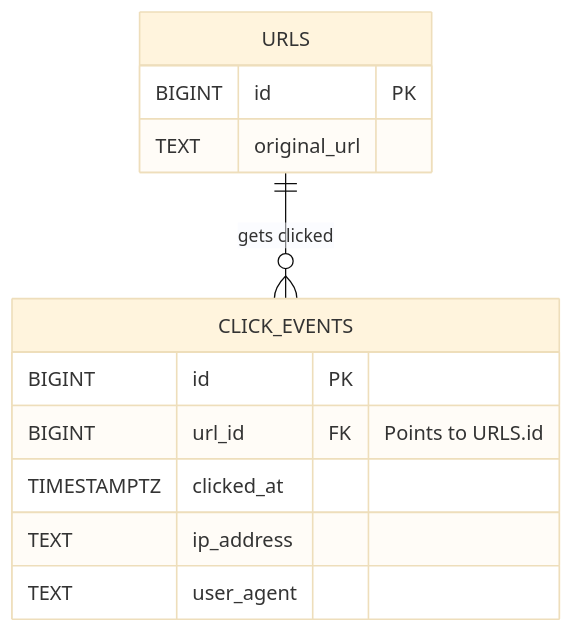
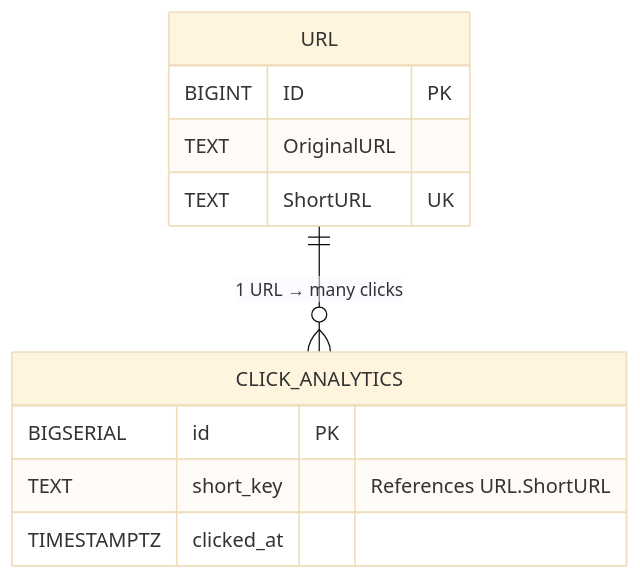
One commit to tarunahuja19/TinyURL changed the third of 3 diagrams in docs/backend/database_schema_design.md. Above: the diagram before and after it, drawn with Mermaid (base theme). The commit also changed other lines of this file and 4 other files, not shown here.

````diff
--- a/docs/backend/database_schema_design.md
+++ b/docs/backend/database_schema_design.md
@@ -81,17 +951,16 @@
 ```mermaid
 erDiagram
-    URLS ||--o{ CLICK_EVENTS : "gets clicked"
+    URL ||--o{ CLICK_ANALYTICS : "1 URL → many clicks"
     
-    URLS {
-        BIGINT id PK
-        TEXT original_url
+    URL {
+        BIGINT ID PK
+        TEXT OriginalURL
+        TEXT ShortURL UK
     }
     
-    CLICK_EVENTS {
-        BIGINT id PK
-        BIGINT url_id FK "Points to URLS.id"
+    CLICK_ANALYTICS {
+        BIGSERIAL id PK
+        TEXT short_key "References URL.ShortURL"
         TIMESTAMPTZ clicked_at
-        TEXT ip_address
-        TEXT user_agent
     }
 ```
````
